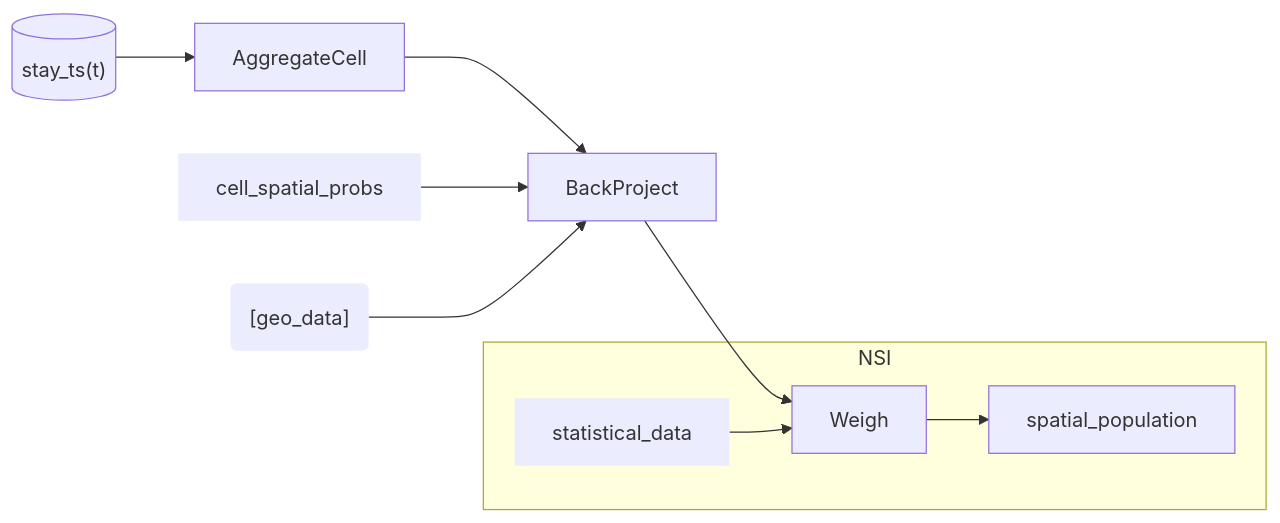
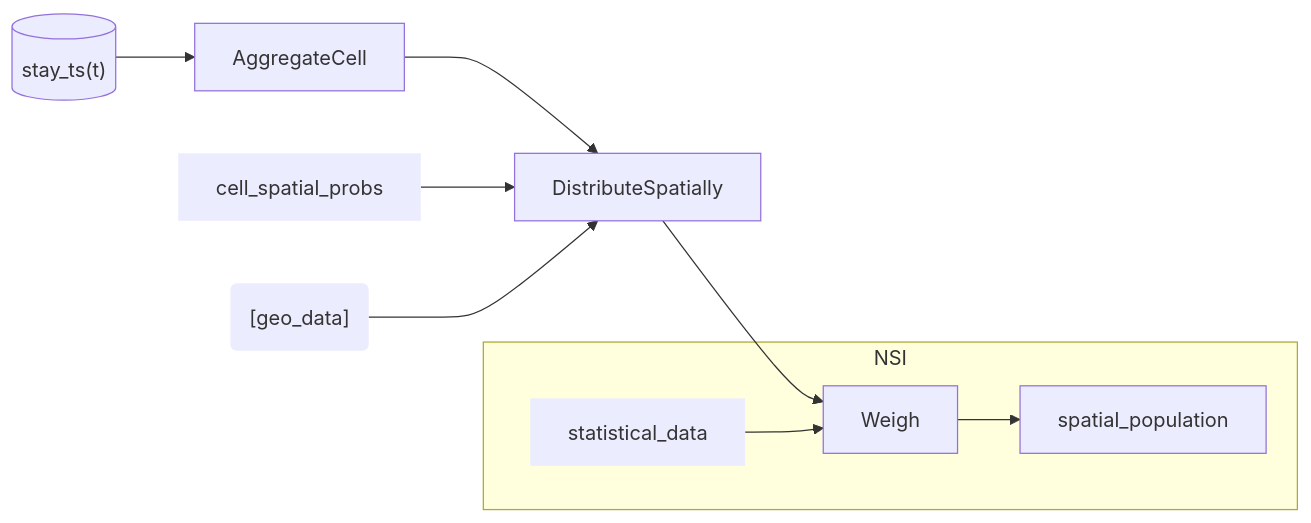
One commit to djvanderlaan/pipeline changed the tenth of 14 diagrams in README.md. Above: the diagram before and after it, drawn with Mermaid. The commit also changed other lines of this file, not shown here.

````diff
--- a/README.md
+++ b/README.md
@@ -120,15 +120,15 @@
 ```mermaid
 flowchart LR
 
-stay_ts[("stay_ts(t)")] --> AggregateCell --> BackProject --> Weigh 
+stay_ts[("stay_ts(t)")] --> AggregateCell --> DistributeSpatially --> Weigh 
 
-cell_spatial_probs:::data --> BackProject
-geo_data("[geo_data]"):::data --> BackProject
+cell_spatial_probs:::data --> DistributeSpatially
+geo_data("[geo_data]"):::data --> DistributeSpatially
 
 subgraph NSI
 Weigh --> spatial_population:::Data
 statistical_data:::data --> Weigh
 end
 
 classDef data stroke-width:0px
 ```
````
